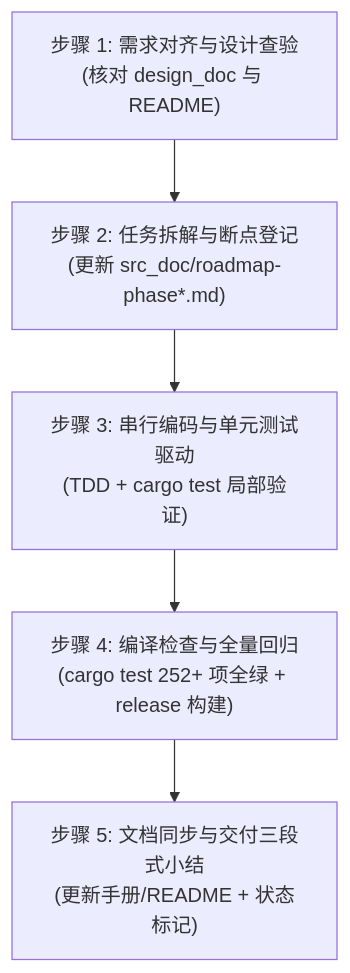
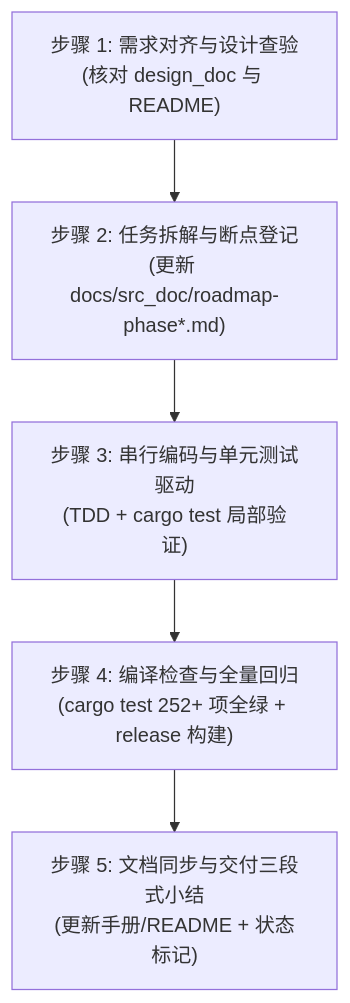
The diagram in skills/agent-steward-developer/SKILL.md (digoal/agent-body), drawn with Mermaid before and after one commit. The commit also changed other lines of this file and 206 other files, not shown here.

````diff
--- a/skills/agent-steward-developer/SKILL.md
+++ b/skills/agent-steward-developer/SKILL.md
@@ -107,7 +107,7 @@
 ```mermaid
 flowchart TD
-    A["步骤 1: 需求对齐与设计查验<br/>(核对 design_doc 与 README)"] --> B["步骤 2: 任务拆解与断点登记<br/>(更新 src_doc/roadmap-phase*.md)"]
+    A["步骤 1: 需求对齐与设计查验<br/>(核对 design_doc 与 README)"] --> B["步骤 2: 任务拆解与断点登记<br/>(更新 docs/src_doc/roadmap-phase*.md)"]
     B --> C["步骤 3: 串行编码与单元测试驱动<br/>(TDD + cargo test 局部验证)"]
     C --> D["步骤 4: 编译检查与全量回归<br/>(cargo test 252+ 项全绿 + release 构建)"]
     D --> E["步骤 5: 文档同步与交付三段式小结<br/>(更新手册/README + 状态标记)"]
 ```
````
